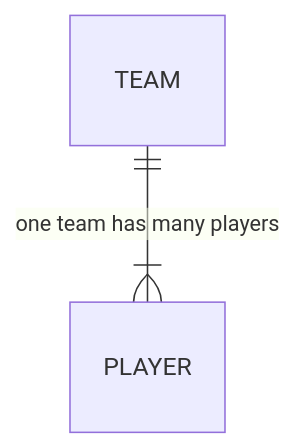
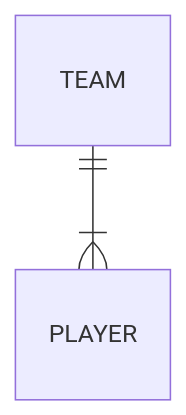
The third of 5 diagrams in content/new_syllabus/unit_04_databases/01_db_programming/_index.md (isf-dp-cs/isf-dp-cs.github.io), drawn with Mermaid before and after one commit. The commit also changed other lines of this file and 1 other file, not shown here.

```diff
--- a/content/new_syllabus/unit_04_databases/01_db_programming/_index.md
+++ b/content/new_syllabus/unit_04_databases/01_db_programming/_index.md
@@ -81,14 +224,15 @@
 {{< mermaid >}}
 
 erDiagram
-    TEAM ||--|{ PLAYER: "one team has many players"
+
+    TEAM ||--|{ PLAYER: ""
     
     TEAM {
         
     }
 
     PLAYER {
       
     }
 
 {{< /mermaid >}}
```
